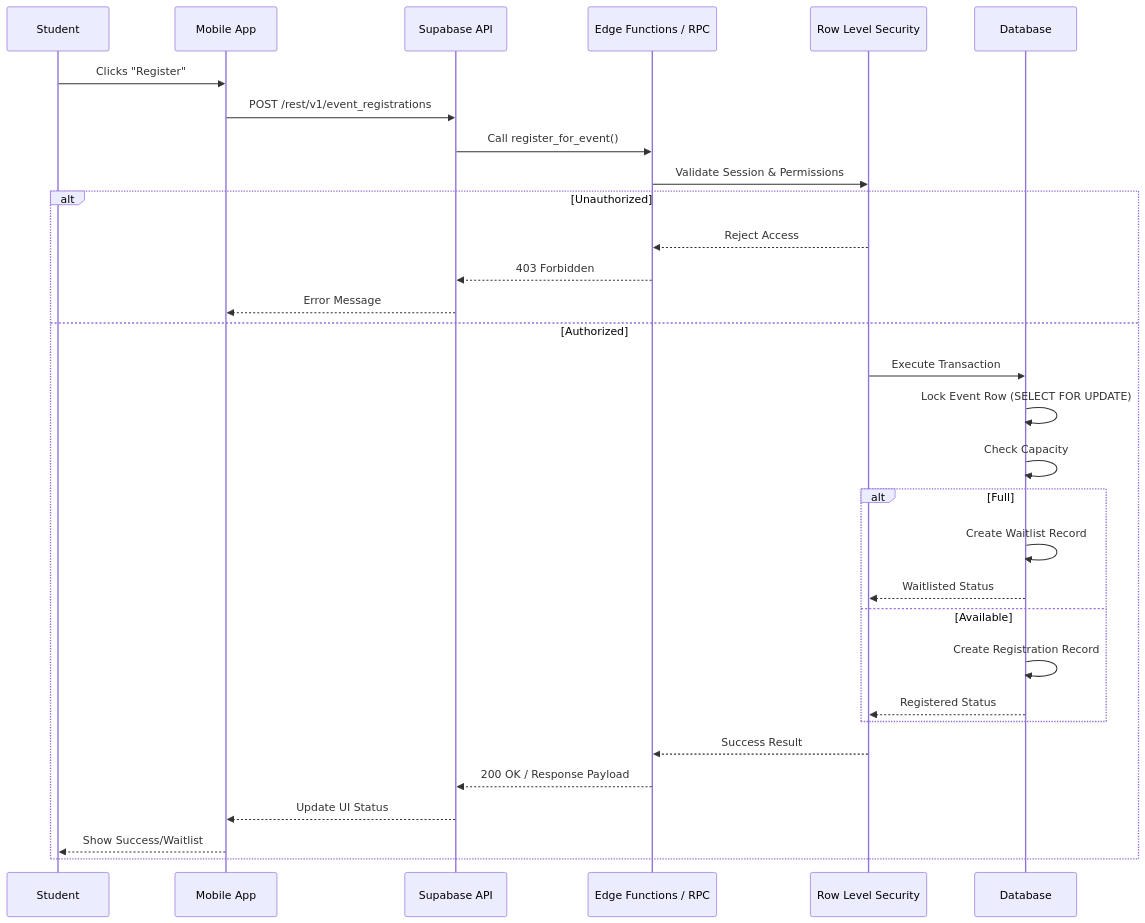
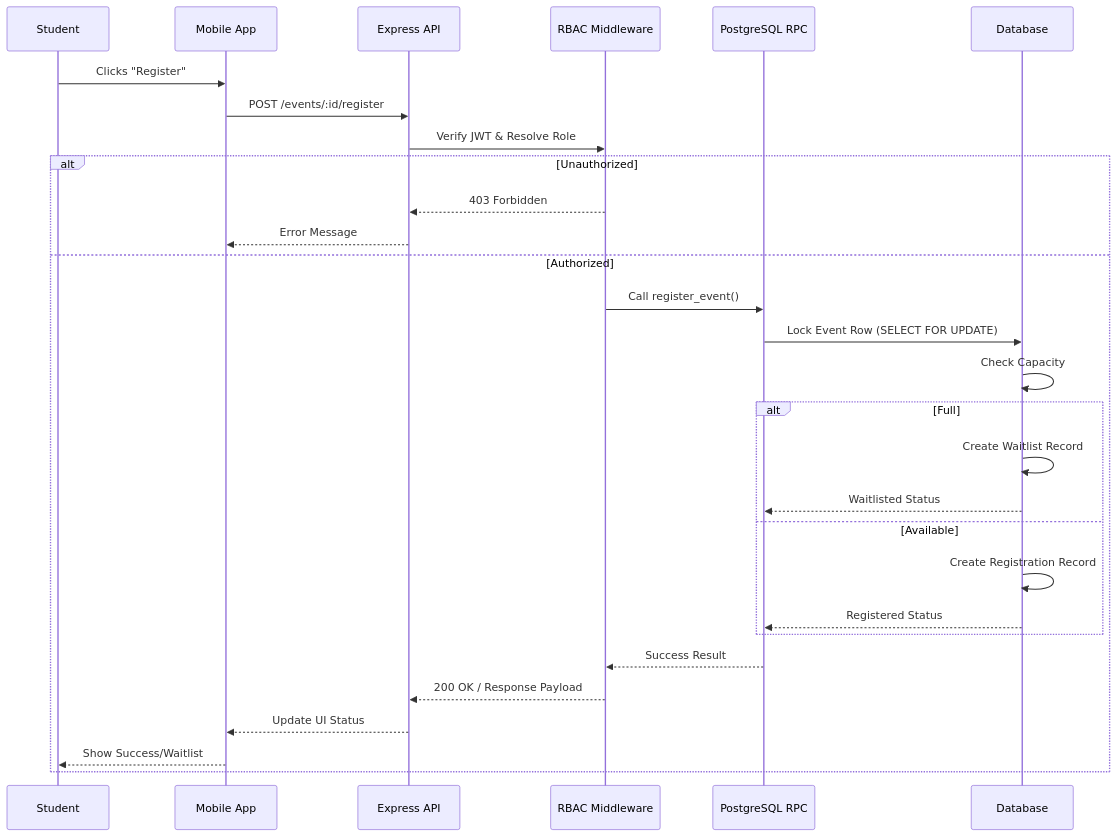
The diagram in docs/diagrams/21-request-lifecycle.md (sohamdhande/nst-events-docs), drawn with Mermaid before and after one commit. The commit also changed 77 other files, not shown here.

````diff
--- a/docs/diagrams/21-request-lifecycle.md
+++ b/docs/diagrams/21-request-lifecycle.md
@@ -5,34 +5,32 @@
 ```mermaid
 sequenceDiagram
     participant Student
     participant Mobile as Mobile App
-    participant API as Supabase API
-    participant RPC as Edge Functions / RPC
-    participant RLS as Row Level Security
+    participant API as Express API
+    participant RBAC as RBAC Middleware
+    participant RPC as PostgreSQL RPC
     participant DB as Database
-    
+
     Student->>Mobile: Clicks "Register"
-    Mobile->>API: POST /rest/v1/event_registrations
-    API->>RPC: Call register_for_event()
-    RPC->>RLS: Validate Session & Permissions
+    Mobile->>API: POST /events/:id/register
+    API->>RBAC: Verify JWT & Resolve Role
     alt Unauthorized
-        RLS-->>RPC: Reject Access
-        RPC-->>API: 403 Forbidden
+        RBAC-->>API: 403 Forbidden
         API-->>Mobile: Error Message
     else Authorized
-        RLS->>DB: Execute Transaction
-        DB->>DB: Lock Event Row (SELECT FOR UPDATE)
+        RBAC->>RPC: Call register_event()
+        RPC->>DB: Lock Event Row (SELECT FOR UPDATE)
         DB->>DB: Check Capacity
         alt Full
             DB->>DB: Create Waitlist Record
-            DB-->>RLS: Waitlisted Status
+            DB-->>RPC: Waitlisted Status
         else Available
             DB->>DB: Create Registration Record
-            DB-->>RLS: Registered Status
+            DB-->>RPC: Registered Status
         end
-        RLS-->>RPC: Success Result
-        RPC-->>API: 200 OK / Response Payload
+        RPC-->>RBAC: Success Result
+        RBAC-->>API: 200 OK / Response Payload
         API-->>Mobile: Update UI Status
         Mobile-->>Student: Show Success/Waitlist
     end
 ```
````
